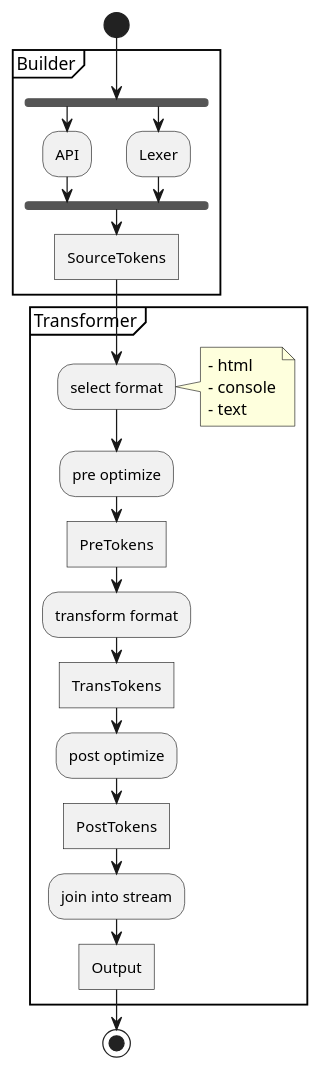
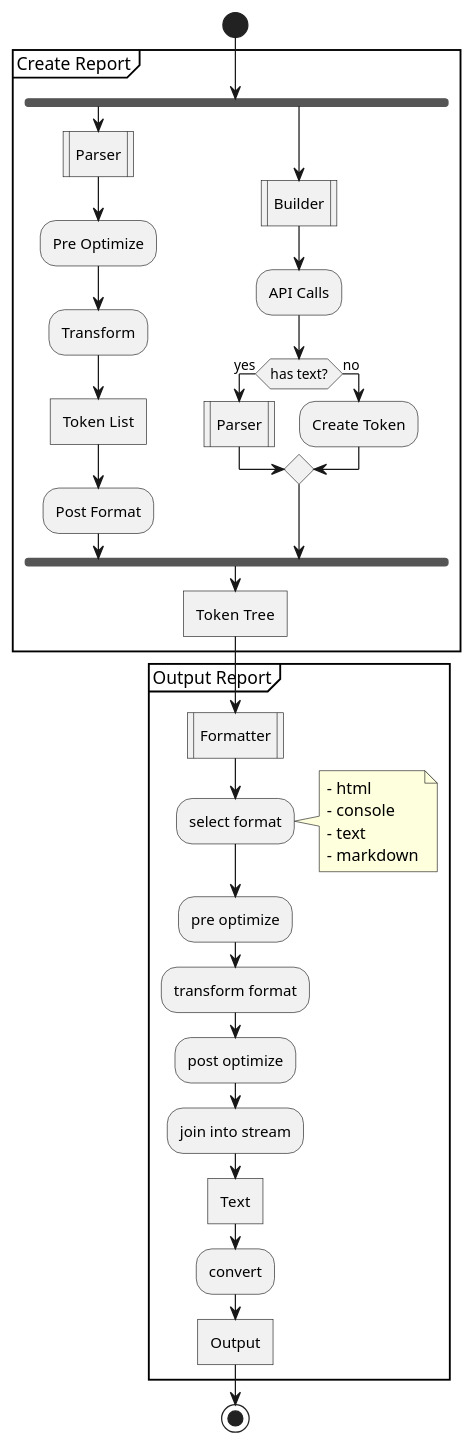
The diagram in src/doc/architecture.pu (alinex/node-report), drawn with PlantUML before and after one commit. The commit also changed other lines of this file and 301 other files, not shown here.

```diff
--- a/src/doc/architecture.pu
+++ b/src/doc/architecture.pu
@@ -1,30 +1,41 @@
 @startuml
 
 start
-partition Builder {
+partition "Create Report" {
     fork
-      :API;
+      :Parser|
+      :Pre Optimize;
+      :Transform;
+      :Token List]
+      :Post Format;
     fork again
-      :Lexer;
+      :Builder|
+      :API Calls;
+      if (has text?) then (yes)
+        :Parser|
+      else (no)
+        :Create Token;
+      endif
     end fork
-    :SourceTokens]
+    :Token Tree]
 }
-partition Transformer {
+partition "Output Report" {
+  :Formatter|
   :select format;
   note right
     - html
     - console
     - text
+    - markdown
   end note
   :pre optimize;
-  :PreTokens]
   :transform format;
-  :TransTokens]
   :post optimize;
-  :PostTokens]
   :join into stream;
+  :Text]
+  :convert;
   :Output]
 }
 stop
 
 @enduml
```
